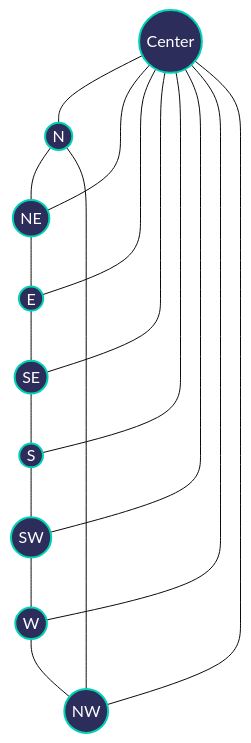
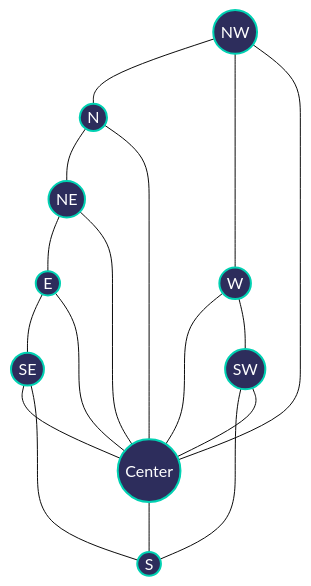
The second of 4 diagrams in game-design.md (fossabot/blacktrigram), drawn with Mermaid (base theme) before and after one commit.

````diff
--- a/game-design.md
+++ b/game-design.md
@@ -560,52 +560,26 @@
 ```mermaid
 flowchart TB
-  %% ┌───┐
-  %% │ N │
-  %% └┬─┘
-  %%  │
-  %% ┌▼───┐   ┌───┐   ┌─┐
-  %% │NW  │──►│NE │──►│ E│
-  %% └┬─┬─┘   └───┘   └─┘
-  %%  │ │        ▲     
-  %% ┌▼─▼┐      ┌┴─┴┐
-  %% │W C │◄────│SE │
-  %% └┬───┘      └───┘
-  %%  │ │        ▲
-  %% ┌▼─▼┐   ┌───┐│
-  %% │SW │──►│S  ││
-  %% └───┘   └───┘│
-  %%             │
-  %% ┌───┐       │
-  %% │ E │◄──────┘
-  %% └───┘
+  %% Top row
+  NW(("NW")) --- N(("N")) --- NE(("NE"))
+  %% Middle row
+  W(("W")) --- C(("Center")) --- E(("E"))
+  %% Bottom row
+  SW(("SW")) --- S(("S")) --- SE(("SE"))
 
-  %% Outer‐octagon (clockwise)
-  N(("N")) --- NE(("NE"))
-  NE --- E(("E"))
-  E --- SE(("SE"))
-  SE --- S(("S"))
-  S --- SW(("SW"))
-  SW --- W(("W"))
-  W --- NW(("NW"))
-  NW --- N
+  %% Vertical/horizontal adjacencies
+  NW --- W
+  N  --- C
+  NE --- E
+  W  --- SW
+  C  --- S
+  E  --- SE
 
-  %% Center node
-  C(("Center"))
+  %% Diagonal adjacencies (octagonal spokes)
+  NW --- C
+  NE --- C
+  SW --- C
+  SE --- C
 
-  %% Connect center to all eight
-  C --- N
-  C --- NE
-  C --- E
-  C --- SE
-  C --- S
-  C --- SW
-  C --- W
-  C --- NW
-
-  %% Color definitions
   classDef playable fill:#2d2d5c,stroke:#00d1b2,stroke-width:2px,color:#ffffff;
-  classDef outOfBounds fill:#111111,stroke:#444444,stroke-width:1px,color:#888888;
-
-  %% Mark “Center” ± its eight neighbors as playable (blue)
-  class C,N,NE,E,SE,S,SW,W,NW playable;
+  class NW,N,NE,W,C,E,SW,S,SE playable;
 ```
````
